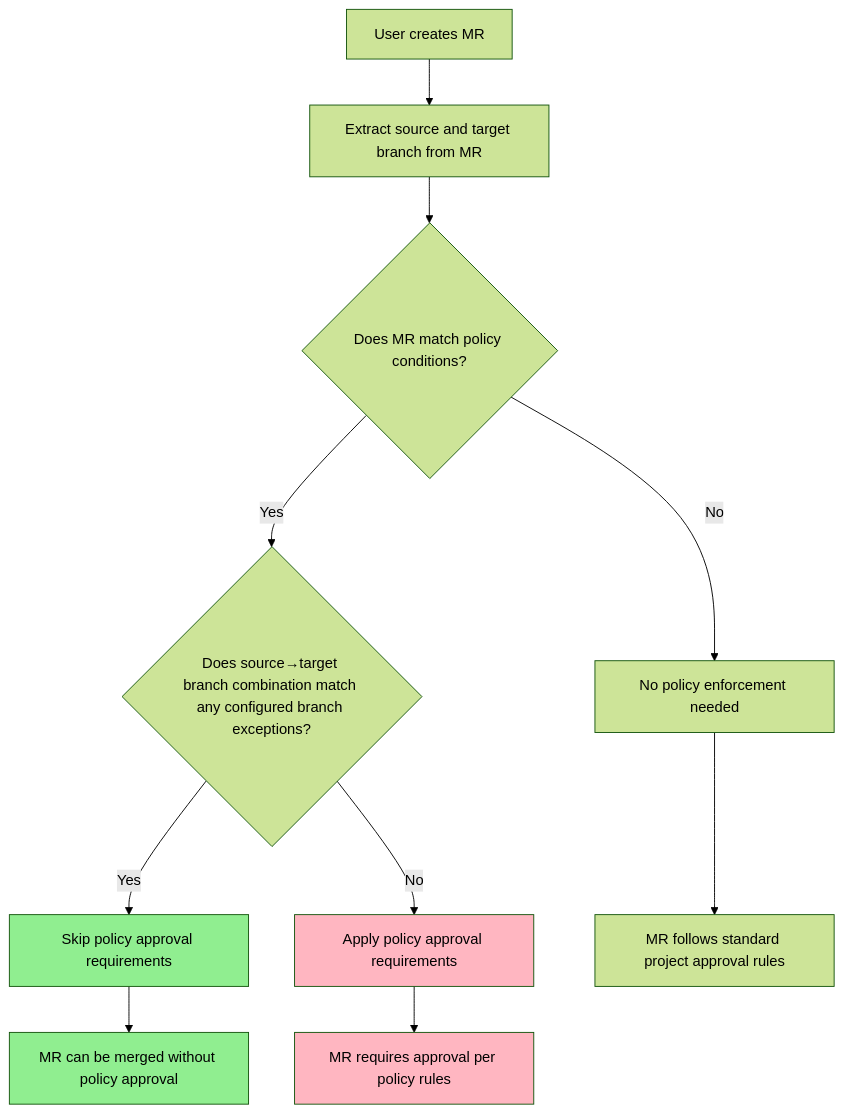
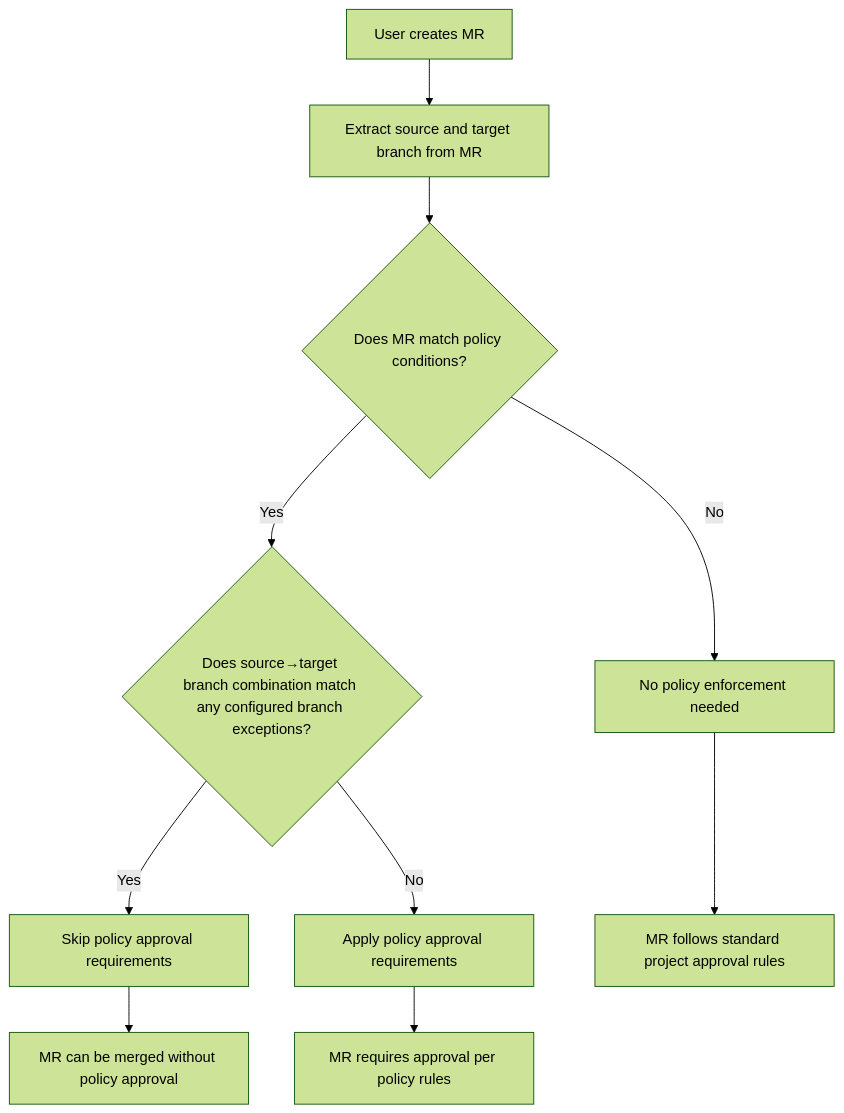
The first of 3 diagrams in content/handbook/engineering/architecture/design-documents/approval_policies_bypass/_index.md (zalyoung/gitlab-handbook), drawn with Mermaid (forest theme) before and after one commit.

Commit message:
Update mermaid diagram

````diff
--- a/content/handbook/engineering/architecture/design-documents/approval_policies_bypass/_index.md
+++ b/content/handbook/engineering/architecture/design-documents/approval_policies_bypass/_index.md
@@ -65,18 +65,13 @@
 ```mermaid
 flowchart TD
     A[User creates MR] --> B[Extract source and target branch from MR]
     B --> C{Does MR match policy conditions?}
     C -->|No| D[No policy enforcement needed]
     C -->|Yes| E{Does source→target branch combination match any configured branch exceptions?}
     E -->|Yes| F[Skip policy approval requirements]
     E -->|No| G[Apply policy approval requirements]
 
     F --> H[MR can be merged without policy approval]
     G --> I[MR requires approval per policy rules]
     D --> J[MR follows standard project approval rules]
-
-    style F fill:#90EE90
-    style G fill:#FFB6C1
-    style H fill:#90EE90
-    style I fill:#FFB6C1
 ```
````
